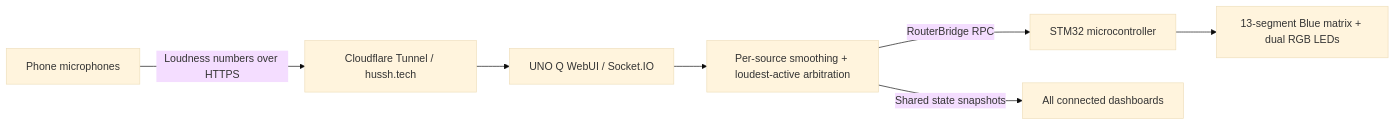
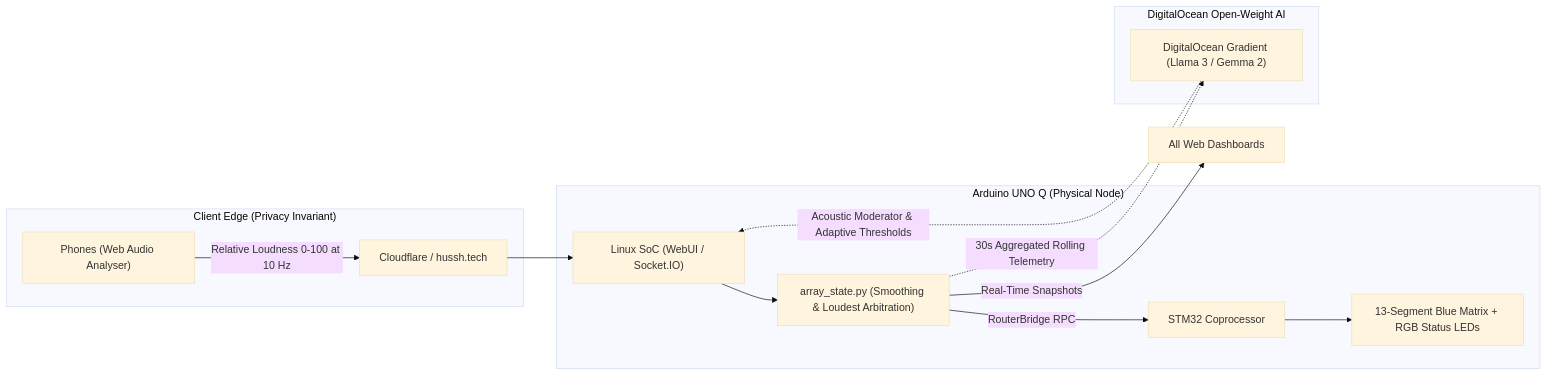
One commit to ElijahLynn/hussh changed the diagram in README.md. Above: the diagram before and after it, drawn with Mermaid (base theme). The commit also changed other lines of this file and 8 other files, not shown here.

Commit message:
feat(do): add DigitalOcean app spec, Gradient AI moderator, and MLH Hack Day documentation

````diff
--- a/README.md
+++ b/README.md
@@ -33,9 +33,20 @@
 ```mermaid
 flowchart LR
-  P[Phone microphones] -->|Loudness numbers over HTTPS| T[Cloudflare Tunnel / hussh.tech]
-  T --> W[UNO Q WebUI / Socket.IO]
-  W --> A[Per-source smoothing + loudest-active arbitration]
-  A -->|RouterBridge RPC| M[STM32 microcontroller]
-  M --> L[13-segment Blue matrix + dual RGB LEDs]
-  A -->|Shared state snapshots| D[All connected dashboards]
+  subgraph Edge["Client Edge (Privacy Invariant)"]
+    P["Phones (Web Audio Analyser)"] -->|Relative Loudness 0-100 at 10 Hz| T["Cloudflare / hussh.tech"]
+  end
+
+  subgraph Hardware["Arduino UNO Q (Physical Node)"]
+    T --> W["Linux SoC (WebUI / Socket.IO)"]
+    W --> A["array_state.py (Smoothing & Loudest Arbitration)"]
+    A -->|RouterBridge RPC| M["STM32 Coprocessor"]
+    M --> L["13-Segment Blue Matrix + RGB Status LEDs"]
+  end
+
+  subgraph Cloud["DigitalOcean Open-Weight AI"]
+    A -.->|30s Aggregated Rolling Telemetry| AI["DigitalOcean Gradient (Llama 3 / Gemma 2)"]
+    AI -.->|Acoustic Moderator & Adaptive Thresholds| W
+  end
+
+  A -->|Real-Time Snapshots| D["All Web Dashboards"]
 ```
````
